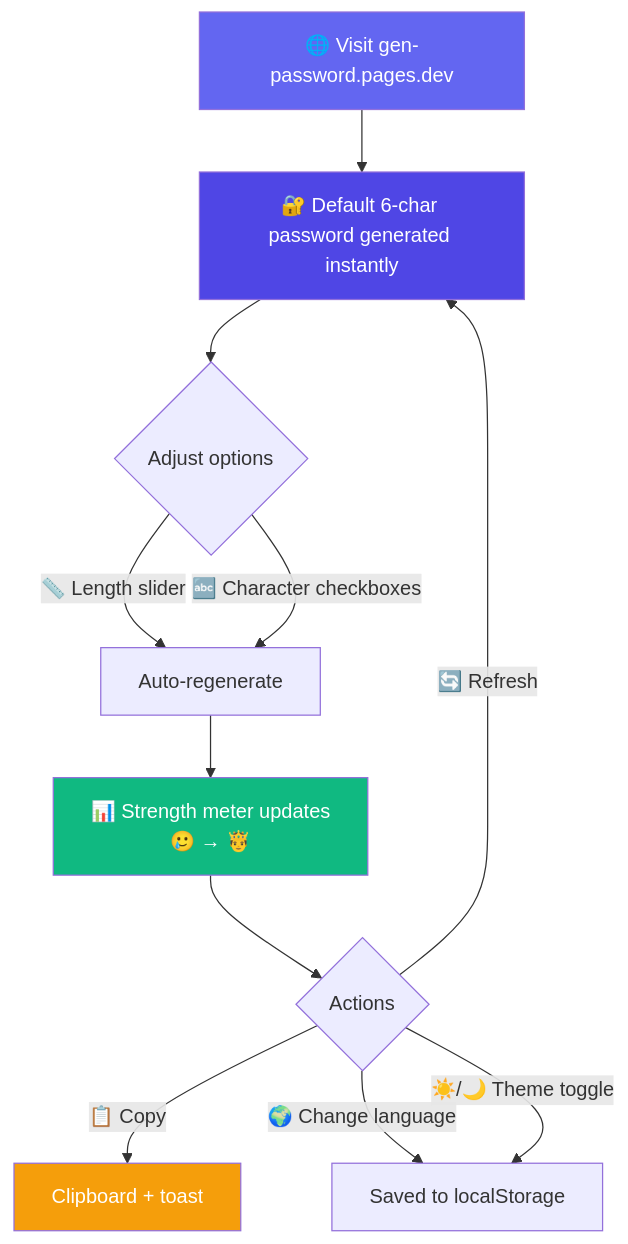
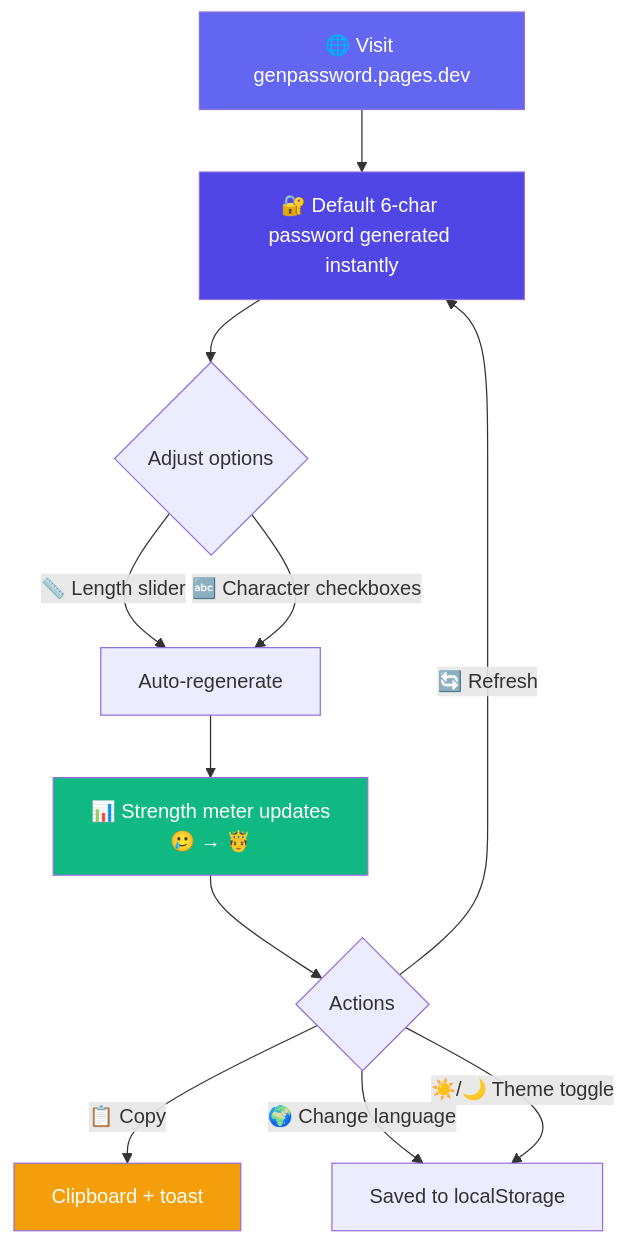
Before and after one commit to izowooi/crispy-web: the first of 2 diagrams in gen-password/README_EN.md, drawn with Mermaid. The commit also changed other lines of this file and 8 other files, not shown here.

Commit message:
gen-password: 푸터에 GitHub 소스 코드 링크 추가 + README 데모 주소 genpassword.pages.dev로 갱신

````diff
--- a/gen-password/README_EN.md
+++ b/gen-password/README_EN.md
@@ -51,18 +51,18 @@
 ```mermaid
 graph TD
-    A[🌐 Visit gen-password.pages.dev] --> B[🔐 Default 6-char password generated instantly]
+    A[🌐 Visit genpassword.pages.dev] --> B[🔐 Default 6-char password generated instantly]
     B --> C{Adjust options}
     C -->|📏 Length slider| D[Auto-regenerate]
     C -->|🔤 Character checkboxes| D
     D --> E[📊 Strength meter updates<br/>🥲 → 🤴]
     E --> F{Actions}
     F -->|📋 Copy| G[Clipboard + toast]
     F -->|🔄 Refresh| B
     F -->|🌍 Change language| H[Saved to localStorage]
     F -->|☀️/🌙 Theme toggle| H
 
     style A fill:#6366f1,color:#fff
     style B fill:#4f46e5,color:#fff
     style E fill:#10b981,color:#fff
     style G fill:#f59e0b,color:#fff
 ```
````
